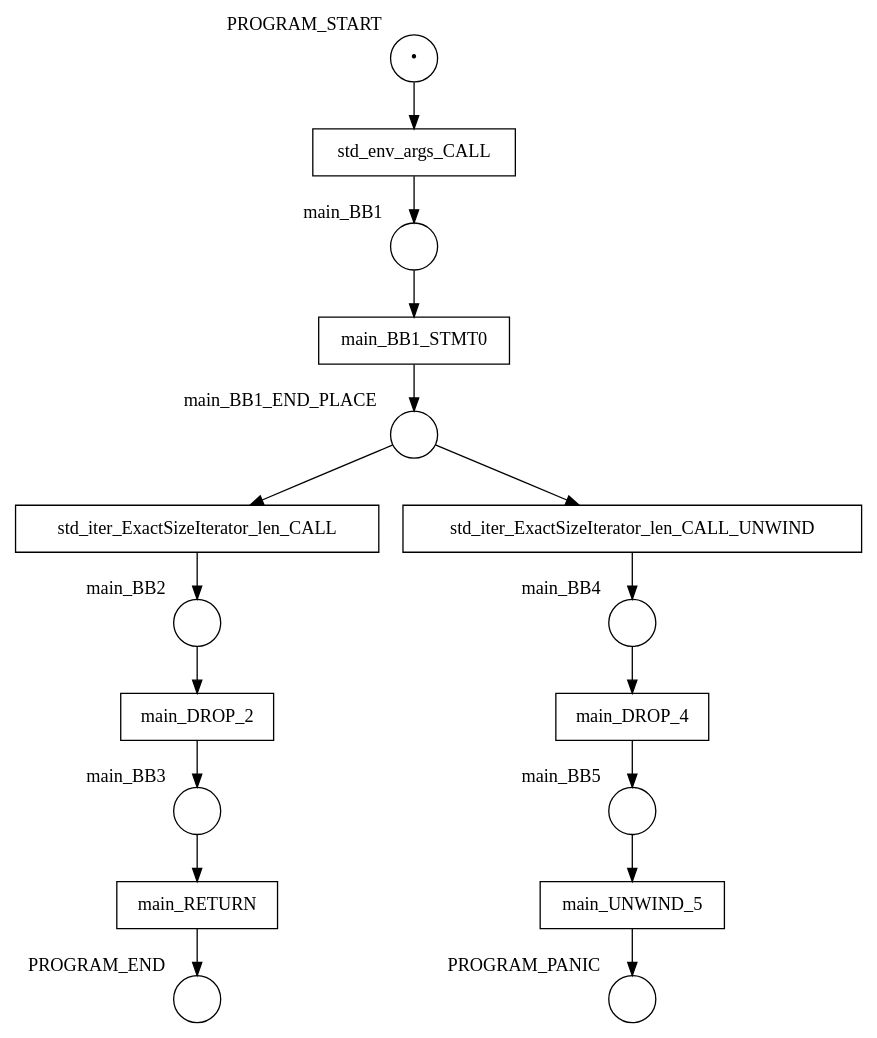
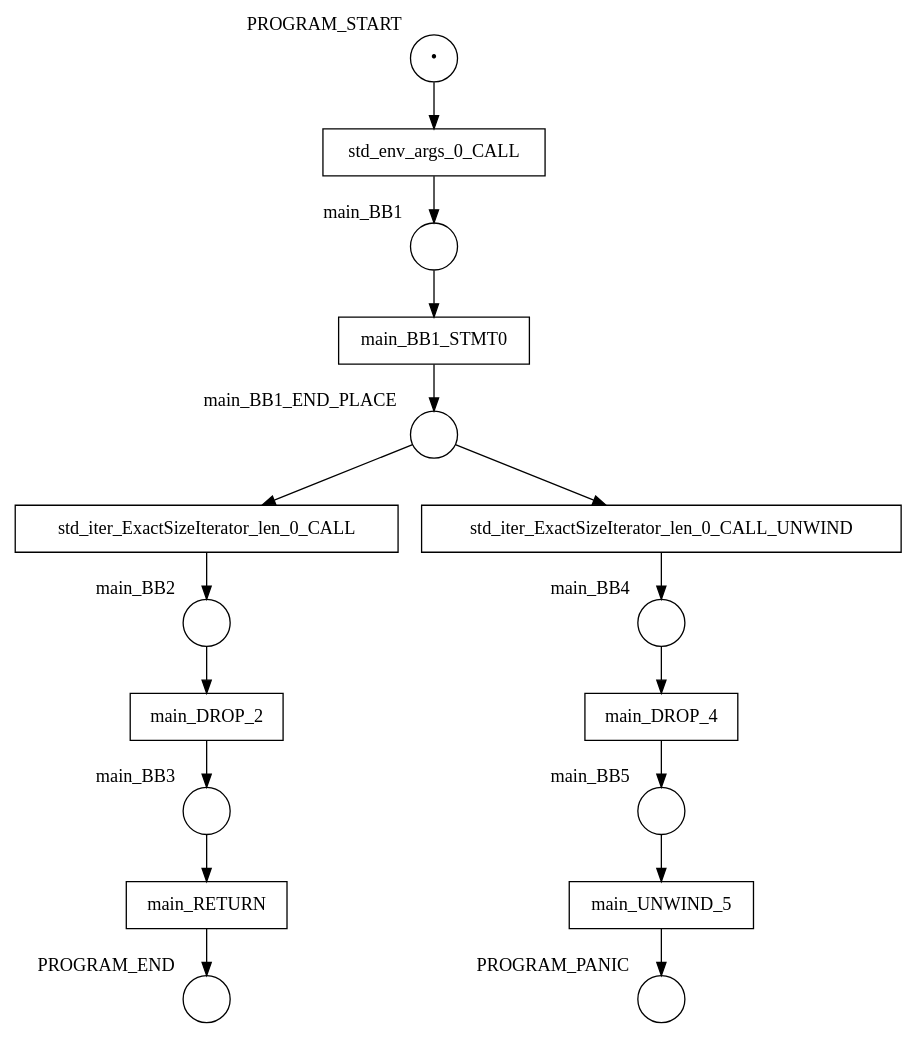
One commit to hlisdero/cargo-check-deadlock changed the diagram in examples/results/statement/match/net.dot. Above: the diagram before and after it, drawn with Graphviz. The commit also changed 11 other files, not shown here.

```diff
--- a/examples/results/statement/match/net.dot
+++ b/examples/results/statement/match/net.dot
@@ -1,35 +1,35 @@
 digraph petrinet {
     PROGRAM_END [shape="circle" xlabel="PROGRAM_END" label=""];
     PROGRAM_PANIC [shape="circle" xlabel="PROGRAM_PANIC" label=""];
     PROGRAM_START [shape="circle" xlabel="PROGRAM_START" label="•"];
     main_BB1 [shape="circle" xlabel="main_BB1" label=""];
     main_BB1_END_PLACE [shape="circle" xlabel="main_BB1_END_PLACE" label=""];
     main_BB2 [shape="circle" xlabel="main_BB2" label=""];
     main_BB3 [shape="circle" xlabel="main_BB3" label=""];
     main_BB4 [shape="circle" xlabel="main_BB4" label=""];
     main_BB5 [shape="circle" xlabel="main_BB5" label=""];
     main_BB1_STMT0 [shape="box" xlabel="" label="main_BB1_STMT0"];
     main_DROP_2 [shape="box" xlabel="" label="main_DROP_2"];
     main_DROP_4 [shape="box" xlabel="" label="main_DROP_4"];
     main_RETURN [shape="box" xlabel="" label="main_RETURN"];
     main_UNWIND_5 [shape="box" xlabel="" label="main_UNWIND_5"];
-    std_env_args_CALL [shape="box" xlabel="" label="std_env_args_CALL"];
-    std_iter_ExactSizeIterator_len_CALL [shape="box" xlabel="" label="std_iter_ExactSizeIterator_len_CALL"];
-    std_iter_ExactSizeIterator_len_CALL_UNWIND [shape="box" xlabel="" label="std_iter_ExactSizeIterator_len_CALL_UNWIND"];
-    PROGRAM_START -> std_env_args_CALL;
+    std_env_args_0_CALL [shape="box" xlabel="" label="std_env_args_0_CALL"];
+    std_iter_ExactSizeIterator_len_0_CALL [shape="box" xlabel="" label="std_iter_ExactSizeIterator_len_0_CALL"];
+    std_iter_ExactSizeIterator_len_0_CALL_UNWIND [shape="box" xlabel="" label="std_iter_ExactSizeIterator_len_0_CALL_UNWIND"];
+    PROGRAM_START -> std_env_args_0_CALL;
     main_BB1 -> main_BB1_STMT0;
-    main_BB1_END_PLACE -> std_iter_ExactSizeIterator_len_CALL;
-    main_BB1_END_PLACE -> std_iter_ExactSizeIterator_len_CALL_UNWIND;
+    main_BB1_END_PLACE -> std_iter_ExactSizeIterator_len_0_CALL;
+    main_BB1_END_PLACE -> std_iter_ExactSizeIterator_len_0_CALL_UNWIND;
     main_BB2 -> main_DROP_2;
     main_BB3 -> main_RETURN;
     main_BB4 -> main_DROP_4;
     main_BB5 -> main_UNWIND_5;
     main_BB1_STMT0 -> main_BB1_END_PLACE;
     main_DROP_2 -> main_BB3;
     main_DROP_4 -> main_BB5;
     main_RETURN -> PROGRAM_END;
     main_UNWIND_5 -> PROGRAM_PANIC;
-    std_env_args_CALL -> main_BB1;
-    std_iter_ExactSizeIterator_len_CALL -> main_BB2;
-    std_iter_ExactSizeIterator_len_CALL_UNWIND -> main_BB4;
+    std_env_args_0_CALL -> main_BB1;
+    std_iter_ExactSizeIterator_len_0_CALL -> main_BB2;
+    std_iter_ExactSizeIterator_len_0_CALL_UNWIND -> main_BB4;
 }
```
